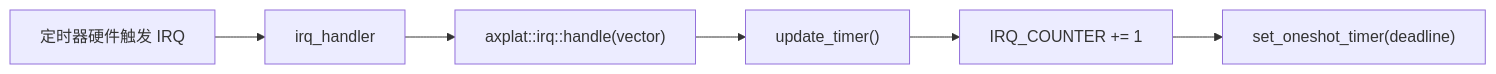
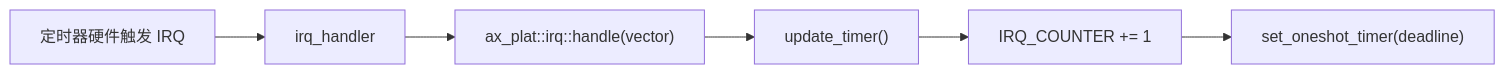
One commit to zKurisu/tgoskits changed the first of 2 diagrams in docs/crates/irq-kernel.md. Above: the diagram before and after it, drawn with Mermaid. The commit also changed other lines of this file and 199 other files, not shown here.

Commit message:
rename axplat to ax-plat

````diff
--- a/docs/crates/irq-kernel.md
+++ b/docs/crates/irq-kernel.md
@@ -34,8 +34,8 @@
 ```mermaid
 flowchart LR
     A["定时器硬件触发 IRQ"] --> B["irq_handler"]
-    B --> C["axplat::irq::handle(vector)"]
+    B --> C["ax_plat::irq::handle(vector)"]
     C --> D["update_timer()"]
     D --> E["IRQ_COUNTER += 1"]
     E --> F["set_oneshot_timer(deadline)"]
 ```
````
